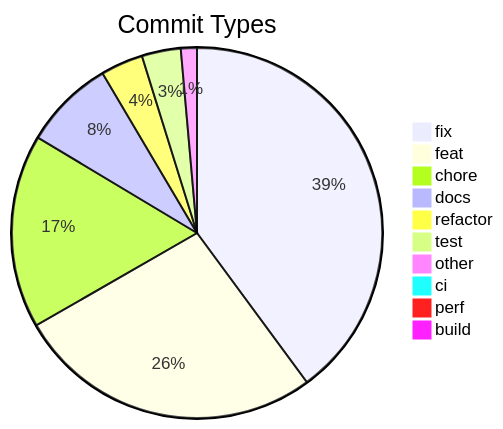
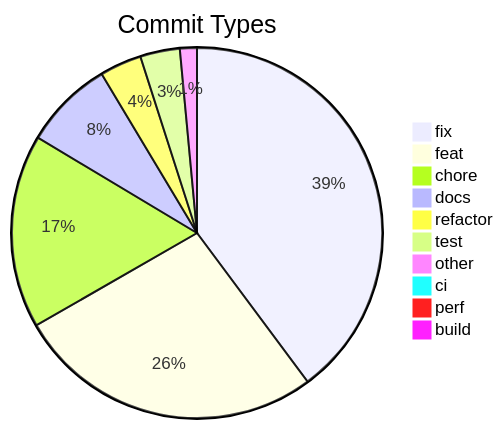
Before and after one commit to svenroth-ai/shipwright-webui: the diagram in .shipwright/compliance/change-history.md, drawn with Mermaid. The commit also changed other lines of this file and 42 other files, not shown here.

````diff
--- a/.shipwright/compliance/change-history.md
+++ b/.shipwright/compliance/change-history.md
@@ -10,13 +10,13 @@
 ```mermaid
 pie title Commit Types
-    "fix" : 399
-    "feat" : 268
-    "chore" : 169
+    "fix" : 403
+    "feat" : 272
+    "chore" : 171
     "docs" : 79
     "refactor" : 37
-    "test" : 34
-    "other" : 14
+    "test" : 35
+    "other" : 15
     "ci" : 8
     "perf" : 5
     "build" : 2
 ```
````
